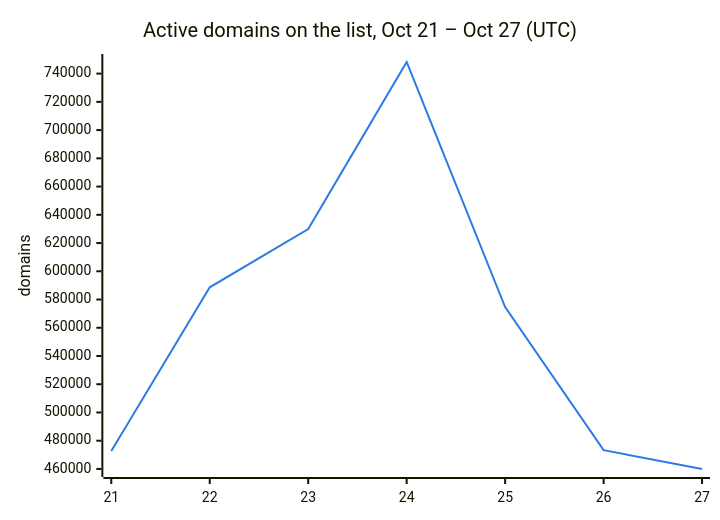
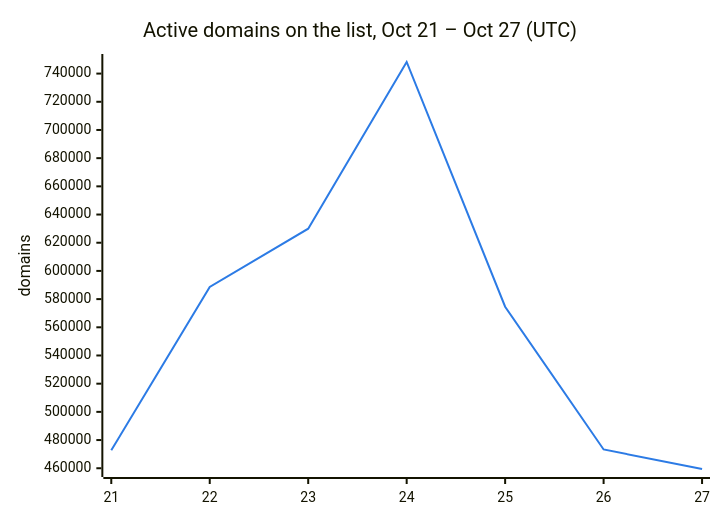
One commit to DNSBunker/CTI changed the second of 3 diagrams in README.md. Above: the diagram before and after it, drawn with Mermaid. The commit also changed other lines of this file and 3 other files, not shown here.

````diff
--- a/README.md
+++ b/README.md
@@ -38,8 +38,8 @@
 ```mermaid
 %%{init: {"themeVariables": {"xyChart": {"plotColorPalette": "#2c7be5"}}}}%%
 xychart-beta
     title "Active domains on the list, Oct 21 – Oct 27 (UTC)"
     x-axis ["21", "22", "23", "24", "25", "26", "27"]
     y-axis "domains"
-    line [472713, 588659, 629951, 748222, 574614, 473331, 459965]
+    line [472713, 588659, 629951, 748222, 574614, 473331, 459464]
 ```
````
